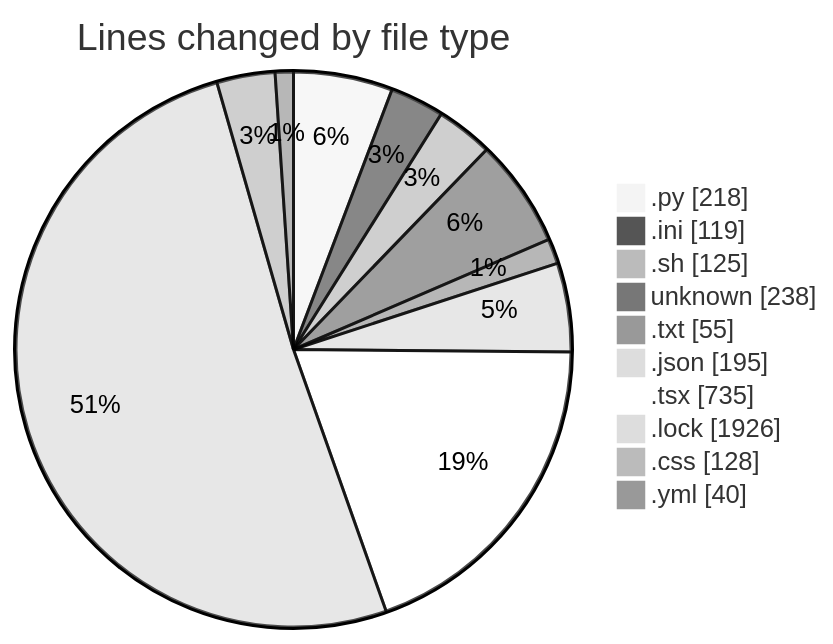
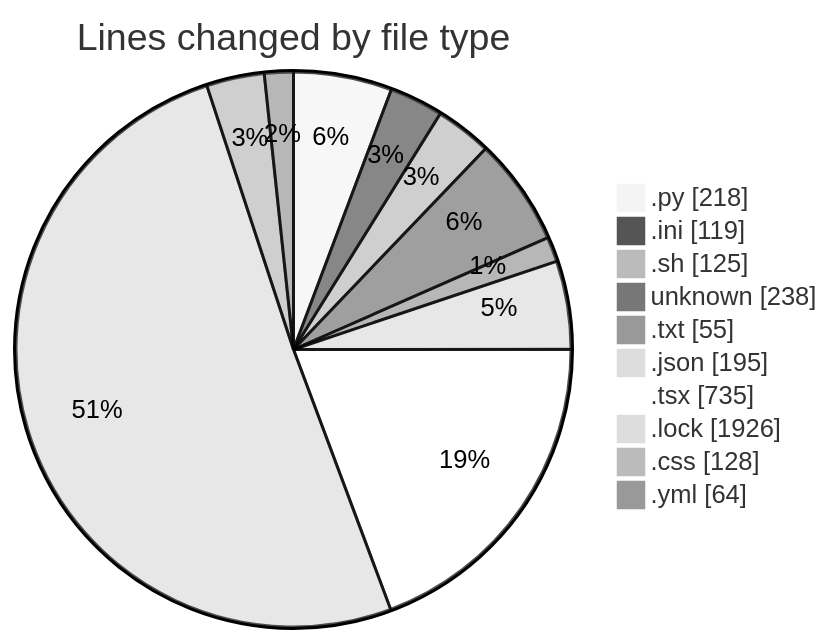
One commit to Elitesun/code-tracking changed the first of 2 diagrams in 2025-05-12/niten/README.md. Above: the diagram before and after it, drawn with Mermaid (neutral theme). The commit also changed other lines of this file and 1 other file, not shown here.

````diff
--- a/2025-05-12/niten/README.md
+++ b/2025-05-12/niten/README.md
@@ -35,14 +35,14 @@
 ```mermaid
 pie showData
 title Lines changed by file type
 ".py" : 218
 ".ini" : 119
 ".sh" : 125
 "unknown" : 238
 ".txt" : 55
 ".json" : 195
 ".tsx" : 735
 ".lock" : 1926
 ".css" : 128
-".yml" : 40
+".yml" : 64
 ```
````
